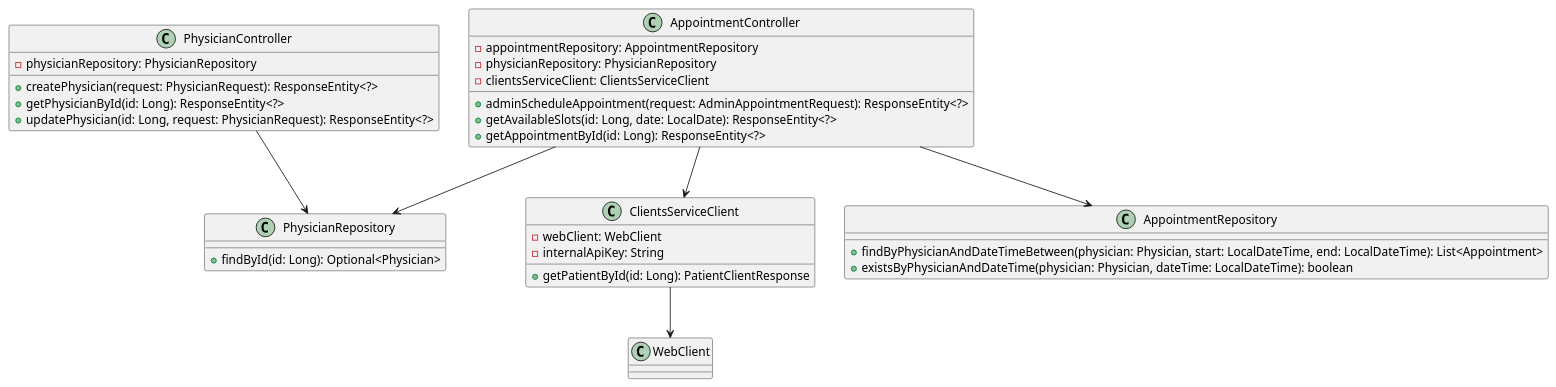
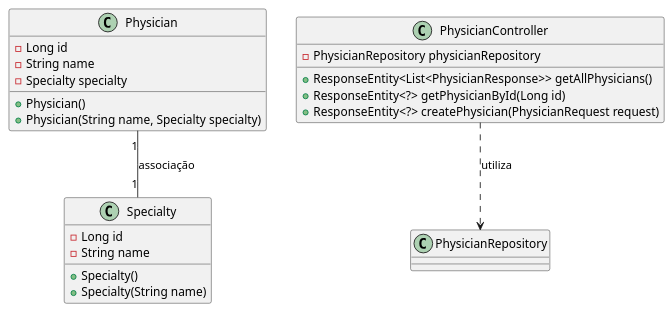
One commit to LucasSantanaAraujo/Distributed-System-Healthcare-Administration-Platform changed the diagram in clinic/doctors-service/docs/CD.puml. Above: the diagram before and after it, drawn with PlantUML. The commit also changed 8 other files, not shown here.

Commit message:
Diagrama de classes, sequencia, container e system context

```diff
--- a/clinic/doctors-service/docs/CD.puml
+++ b/clinic/doctors-service/docs/CD.puml
@@ -1,38 +1,26 @@
-@startuml Class Diagram - Doctors-Service
-class PhysicianController {
-    - physicianRepository: PhysicianRepository
-    + createPhysician(request: PhysicianRequest): ResponseEntity<?>
-    + getPhysicianById(id: Long): ResponseEntity<?>
-    + updatePhysician(id: Long, request: PhysicianRequest): ResponseEntity<?>
+@startuml UML Class Diagram - Doctors-Service
+class Physician {
+    - Long id
+    - String name
+    - Specialty specialty
+    + Physician()
+    + Physician(String name, Specialty specialty)
 }
 
-class AppointmentController {
-    - appointmentRepository: AppointmentRepository
-    - physicianRepository: PhysicianRepository
-    - clientsServiceClient: ClientsServiceClient
-    + adminScheduleAppointment(request: AdminAppointmentRequest): ResponseEntity<?>
-    + getAvailableSlots(id: Long, date: LocalDate): ResponseEntity<?>
-    + getAppointmentById(id: Long): ResponseEntity<?>
+class Specialty {
+    - Long id
+    - String name
+    + Specialty()
+    + Specialty(String name)
 }
 
-class ClientsServiceClient {
-    - webClient: WebClient
-    - internalApiKey: String
-    + getPatientById(id: Long): PatientClientResponse
+class PhysicianController {
+    - PhysicianRepository physicianRepository
+    + ResponseEntity<List<PhysicianResponse>> getAllPhysicians()
+    + ResponseEntity<?> getPhysicianById(Long id)
+    + ResponseEntity<?> createPhysician(PhysicianRequest request)
 }
 
-class PhysicianRepository {
-    + findById(id: Long): Optional<Physician>
-}
-
-class AppointmentRepository {
-    + findByPhysicianAndDateTimeBetween(physician: Physician, start: LocalDateTime, end: LocalDateTime): List<Appointment>
-    + existsByPhysicianAndDateTime(physician: Physician, dateTime: LocalDateTime): boolean
-}
-
-PhysicianController --> PhysicianRepository
-AppointmentController --> AppointmentRepository
-AppointmentController --> PhysicianRepository
-AppointmentController --> ClientsServiceClient
-ClientsServiceClient --> WebClient
+Physician "1" -- "1" Specialty : associação
+PhysicianController ..> PhysicianRepository : utiliza
 @enduml
```
